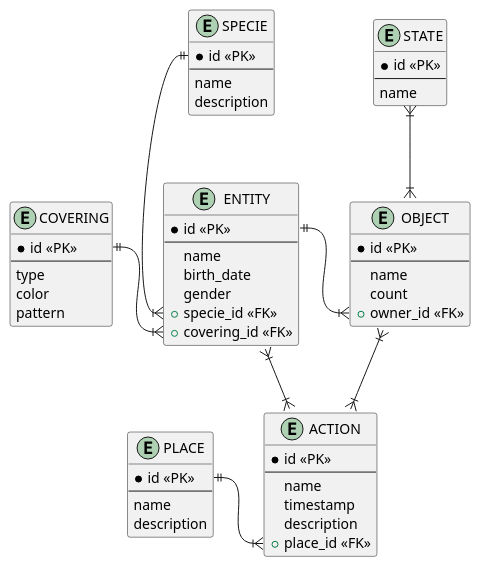
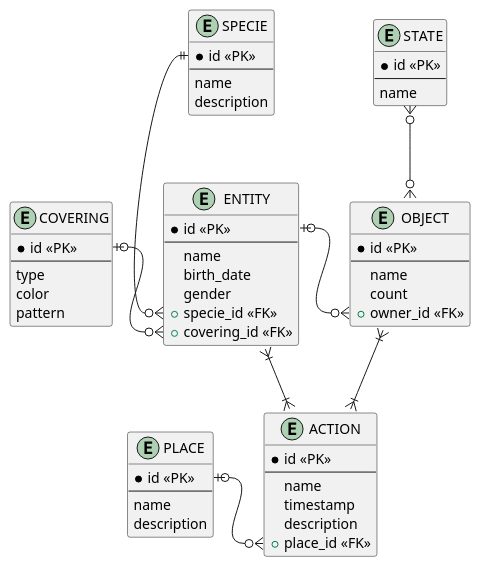
One commit to MrDvD/itmo_labs changed the diagram in databases/1/er-info.puml. Above: the diagram before and after it, drawn with PlantUML. The commit also changed 2 other files, not shown here.

Commit message:
fix: changed relations in diagrams + generated .pdf

```diff
--- a/databases/1/er-info.puml
+++ b/databases/1/er-info.puml
@@ -1,64 +1,64 @@
 @startuml name
 ENTITY ENTITY {
    * id «PK»
    ---
    name
    birth_date
    gender
    + specie_id «FK»
    + covering_id «FK»
 }
 
 ENTITY COVERING {
    * id «PK»
    ---
    type
    color
    pattern
 }
 
 ENTITY ACTION {
    * id «PK»
    ---
    name
    timestamp
    description
    + place_id «FK»
 }
 
 ENTITY PLACE {
    * id «PK»
    ---
    name
    description
 }
 
 ENTITY OBJECT {
    * id «PK»
    ---
    name
    count
    + owner_id «FK»
 }
 
 ENTITY STATE {
    * id «PK»
    ---
    name
 }
 
 ENTITY SPECIE {
    * id «PK»
    ---
    name
    description
 }
 
-ENTITY::covering_id }|-l-|| COVERING::id
-ENTITY::specie_id }|-u-|| SPECIE::id
+ENTITY::covering_id }o-l-o| COVERING::id
+ENTITY::specie_id }o-u-|| SPECIE::id
 ENTITY }|--|{ ACTION
-STATE }|--|{ OBJECT
-ACTION::place_id }|-l-|| PLACE::id
+STATE }o--o{ OBJECT
+ACTION::place_id }o-l-o| PLACE::id
 OBJECT }|--|{ ACTION
-ENTITY::id ||-r-|{ OBJECT::owner_id
+ENTITY::id |o-r-o{ OBJECT::owner_id
 @enduml
```
